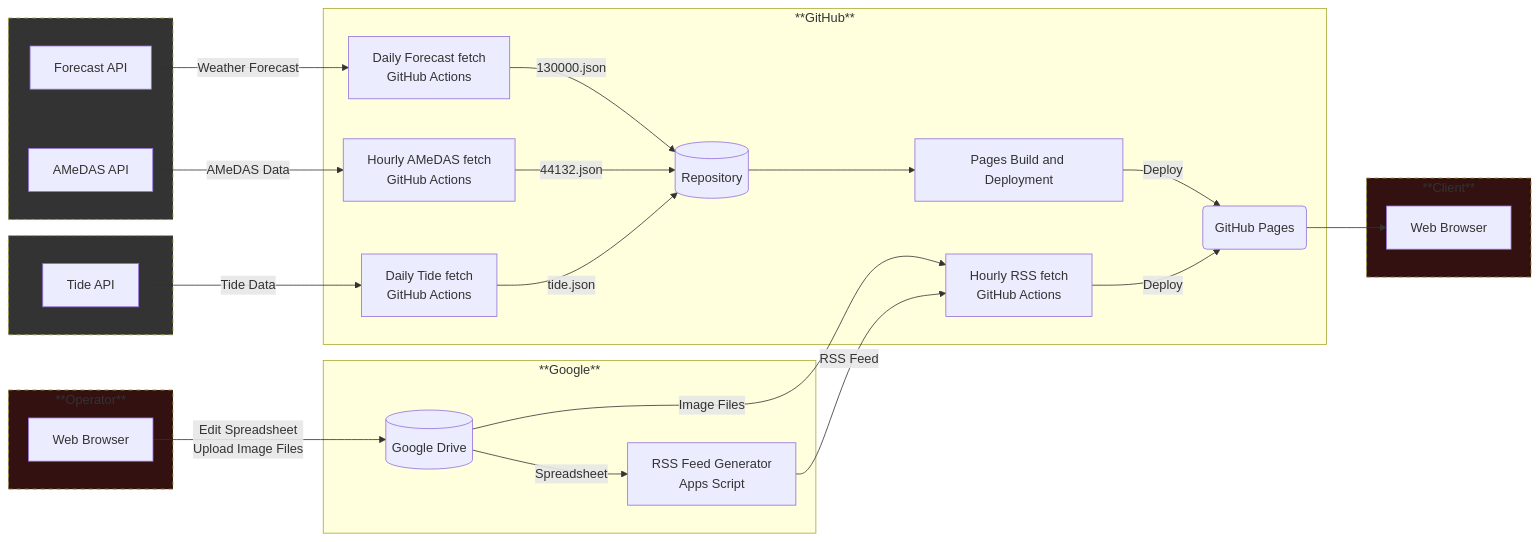
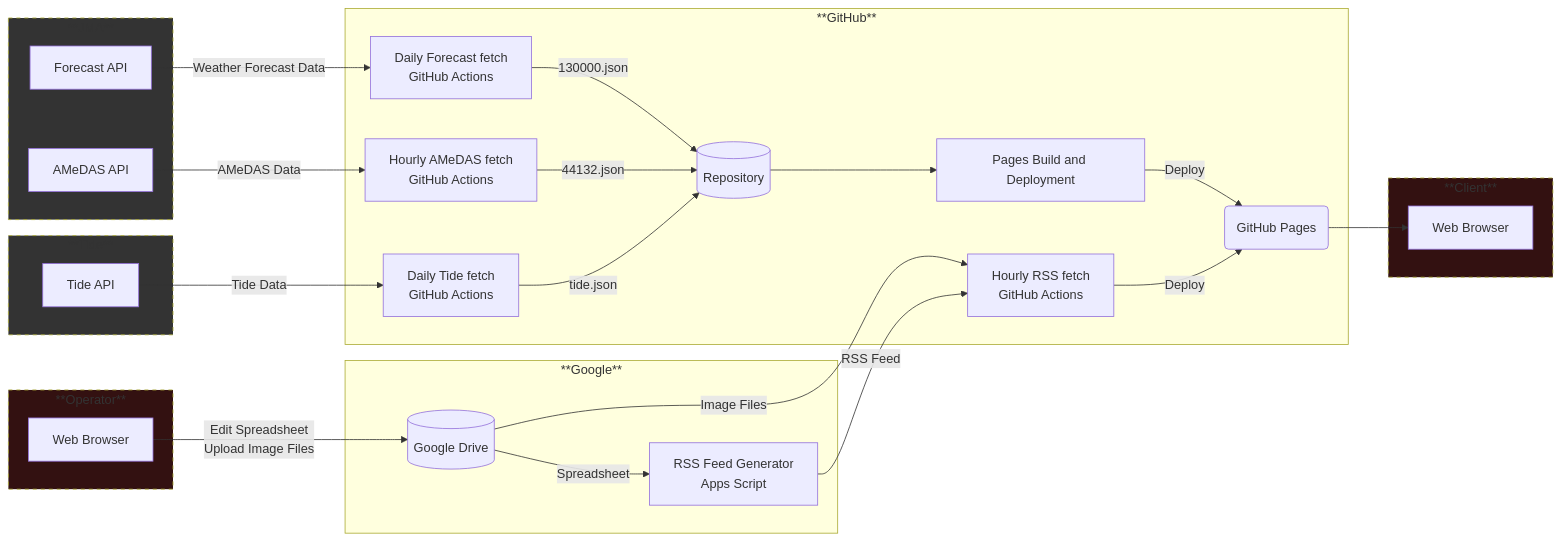
The diagram in architecture.md (c1t0d0s0/phs), drawn with Mermaid before and after one commit. The commit also changed 1 other file, not shown here.

Commit message:
changed architecture markdown files

````diff
--- a/architecture.md
+++ b/architecture.md
@@ -1,59 +1,59 @@
 ```mermaid
 flowchart LR
   subgraph GitHub[**GitHub**]
     repository[(Repository)]
     actions_deploy[Pages Build and Deployment]
     actions_forecast[Daily Forecast fetch<br>GitHub Actions]
     actions_amedas[Hourly AMeDAS fetch<br>GitHub Actions]
     actions_rss[Hourly RSS fetch<br>GitHub Actions]
     actions_tide[Daily Tide fetch<br>GitHub Actions]
     pages(GitHub Pages)
   end
 
   subgraph Google[**Google**]
     drive[(Google Drive)]
     apps[RSS Feed Generator<br>Apps Script]
   end
 
   subgraph JMA[**JMA**]
     forecast_api[Forecast API]
     amedas_api[AMeDAS API]
   end
   style JMA fill:#333333, stroke-dasharray: 5 5
 
   subgraph Tide[**Tide**]
     tide_api[Tide API]
   end
   style Tide fill:#333333, stroke-dasharray: 5 5
 
   subgraph Client[**Client**]
     web_browser[Web Browser]
   end
   style Client fill:#331111, stroke-dasharray: 5 5
 
   subgraph Operator[**Operator**]
     web_browser2[Web Browser]
   end
   style Operator fill:#331111, stroke-dasharray: 5 5
 
   repository --> actions_deploy
   actions_deploy -->|Deploy| pages
 
   drive -->|Spreadsheet| apps
   drive -->|Image Files| actions_rss
   apps -->|RSS Feed| actions_rss
   actions_rss -->|Deploy| pages
 
-  forecast_api -->|Weather Forecast| actions_forecast
+  forecast_api -->|Weather Forecast Data| actions_forecast
   actions_forecast -->|130000.json| repository
 
   amedas_api -->|AMeDAS Data| actions_amedas
   actions_amedas -->|44132.json| repository
 
   tide_api -->|Tide Data| actions_tide
   actions_tide -->|tide.json| repository
 
   pages --> web_browser
 
   web_browser2 -->|Edit Spreadsheet<br>Upload Image Files| drive
 ```
````
